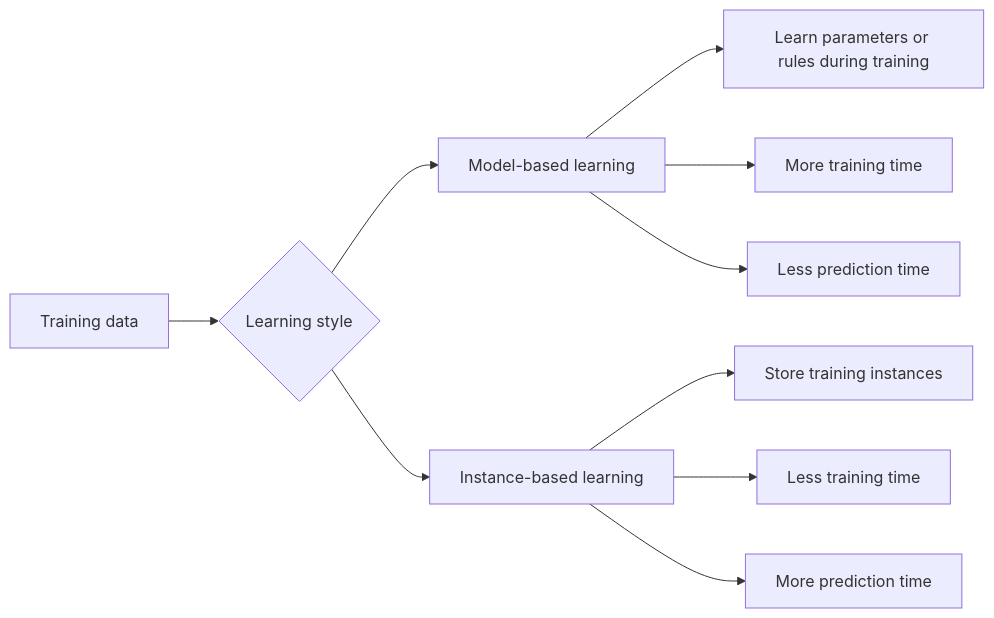
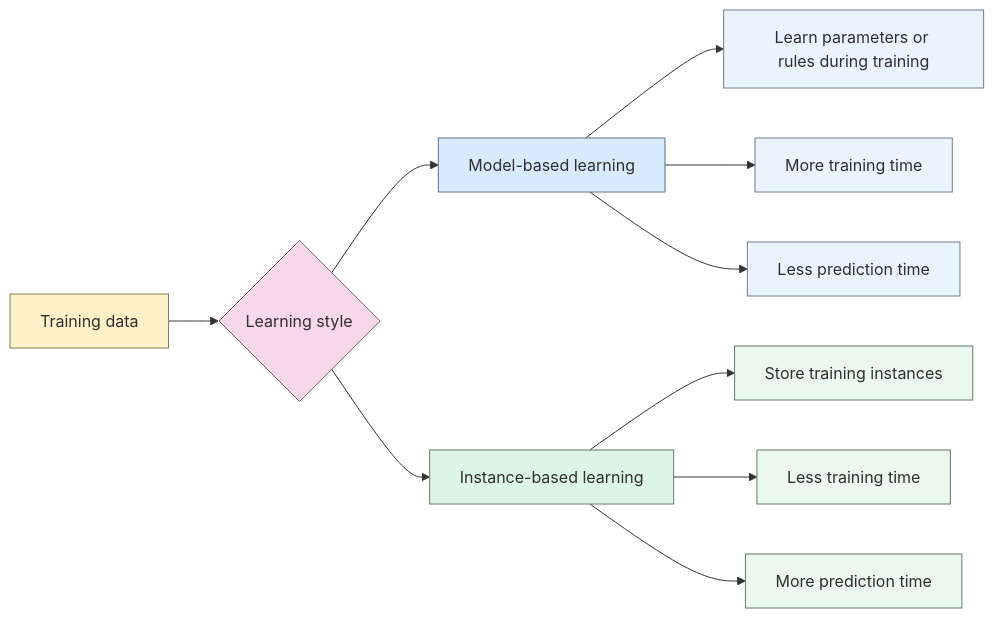
One commit to arshadhs/arshadhs.github.io changed the second of 4 diagrams in content/docs/ai/machine-learning/06-instance-based-learning.md. Above: the diagram before and after it, drawn with Mermaid. The commit also changed other lines of this file and 1 other file, not shown here.

```diff
--- a/content/docs/ai/machine-learning/06-instance-based-learning.md
+++ b/content/docs/ai/machine-learning/06-instance-based-learning.md
@@ -83,12 +87,24 @@
 {{< mermaid >}}
 flowchart LR
   A[Training data] --> B{Learning style}
   B --> C[Model-based learning]
   B --> D[Instance-based learning]
   C --> E[Learn parameters or rules during training]
   C --> F[More training time]
   C --> G[Less prediction time]
   D --> H[Store training instances]
   D --> I[Less training time]
   D --> J[More prediction time]
+
+  %% Pastel Styling
+  style A fill:#FFF1C7,stroke:#8A7A54,color:#2F2F2F
+  style B fill:#F8D7E8,stroke:#7A6170,color:#2F2F2F
+  style C fill:#D8EAFE,stroke:#5E7084,color:#2F2F2F
+  style D fill:#DDF5E4,stroke:#637A68,color:#2F2F2F
+  style E fill:#EAF4FF,stroke:#6B7D90,color:#2F2F2F
+  style F fill:#EAF4FF,stroke:#6B7D90,color:#2F2F2F
+  style G fill:#EAF4FF,stroke:#6B7D90,color:#2F2F2F
+  style H fill:#EAF8EE,stroke:#637A68,color:#2F2F2F
+  style I fill:#EAF8EE,stroke:#637A68,color:#2F2F2F
+  style J fill:#EAF8EE,stroke:#637A68,color:#2F2F2F
 {{< /mermaid >}}
```
